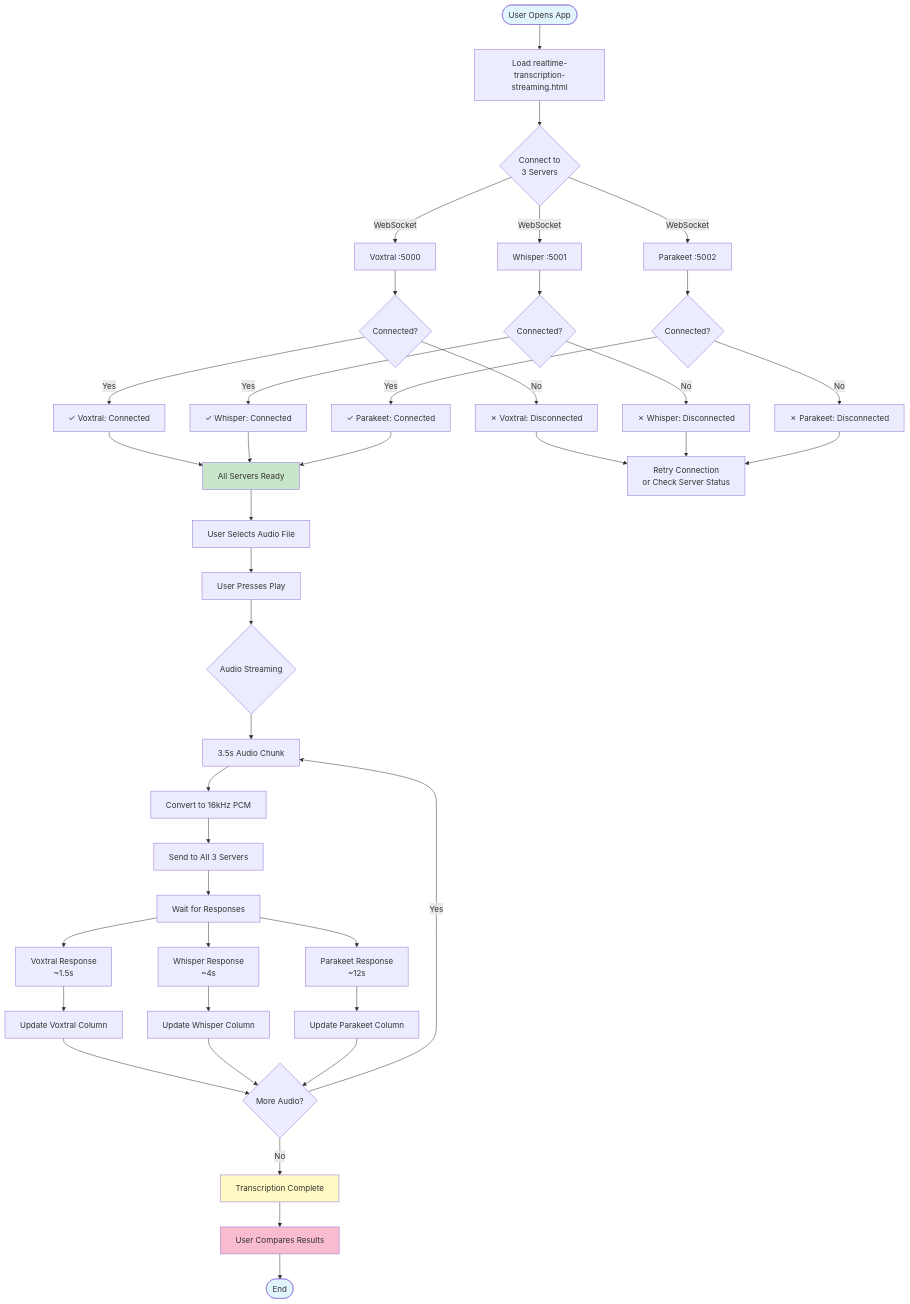
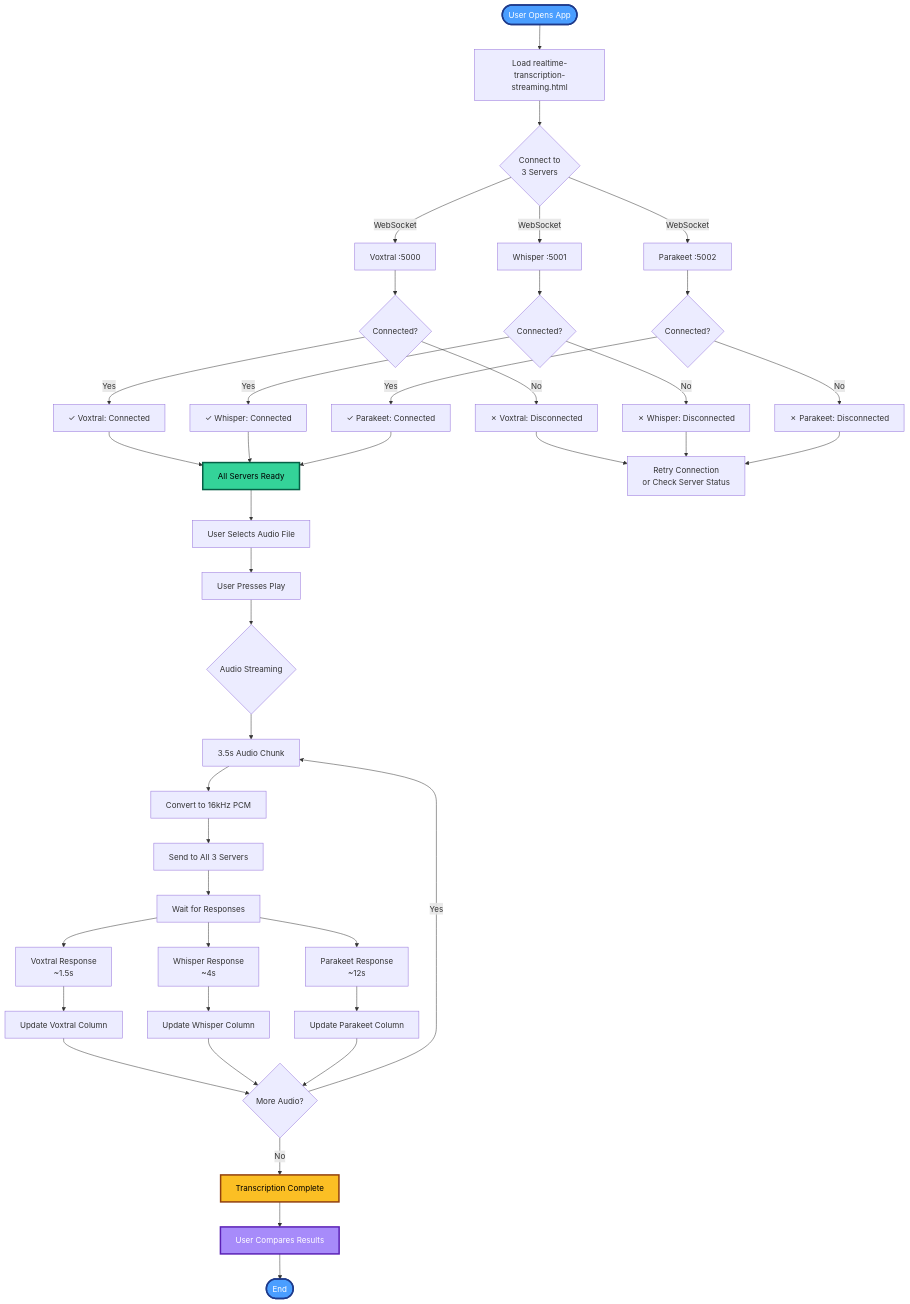
One commit to gjovanov/speech2text changed the fourth of 6 diagrams in README.md. Above: the diagram before and after it, drawn with Mermaid. The commit also changed other lines of this file and 10 other files, not shown here.

Commit message:
dark mode friednly diagramms

````diff
--- a/README.md
+++ b/README.md
@@ -201,56 +201,56 @@
 ```mermaid
 flowchart TD
     Start([User Opens App]) --> LoadPage[Load realtime-transcription-streaming.html]
     LoadPage --> Connect{Connect to<br/>3 Servers}
 
     Connect -->|WebSocket| Server1[Voxtral :5000]
     Connect -->|WebSocket| Server2[Whisper :5001]
     Connect -->|WebSocket| Server3[Parakeet :5002]
 
     Server1 --> Check1{Connected?}
     Server2 --> Check2{Connected?}
     Server3 --> Check3{Connected?}
 
     Check1 -->|Yes| Status1[✓ Voxtral: Connected]
     Check1 -->|No| Error1[✗ Voxtral: Disconnected]
     Check2 -->|Yes| Status2[✓ Whisper: Connected]
     Check2 -->|No| Error2[✗ Whisper: Disconnected]
     Check3 -->|Yes| Status3[✓ Parakeet: Connected]
     Check3 -->|No| Error3[✗ Parakeet: Disconnected]
 
     Status1 & Status2 & Status3 --> AllReady[All Servers Ready]
     AllReady --> SelectAudio[User Selects Audio File]
 
     SelectAudio --> Play[User Presses Play]
     Play --> Stream{Audio Streaming}
 
     Stream --> Chunk[3.5s Audio Chunk]
     Chunk --> Process[Convert to 16kHz PCM]
     Process --> SendAll[Send to All 3 Servers]
 
     SendAll --> Wait[Wait for Responses]
 
     Wait --> R1[Voxtral Response<br/>~1.5s]
     Wait --> R2[Whisper Response<br/>~4s]
     Wait --> R3[Parakeet Response<br/>~12s]
 
     R1 --> Display1[Update Voxtral Column]
     R2 --> Display2[Update Whisper Column]
     R3 --> Display3[Update Parakeet Column]
 
     Display1 & Display2 & Display3 --> Continue{More Audio?}
 
     Continue -->|Yes| Chunk
     Continue -->|No| Complete[Transcription Complete]
 
     Complete --> Compare[User Compares Results]
     Compare --> End([End])
 
     Error1 & Error2 & Error3 --> Retry[Retry Connection<br/>or Check Server Status]
 
-    style Start fill:#e1f5ff
-    style AllReady fill:#c8e6c9
-    style Complete fill:#fff9c4
-    style Compare fill:#f8bbd0
-    style End fill:#e1f5ff
+    style Start fill:#4a9eff,stroke:#1e3a8a,stroke-width:3px,color:#fff
+    style AllReady fill:#34d399,stroke:#065f46,stroke-width:3px,color:#000
+    style Complete fill:#fbbf24,stroke:#92400e,stroke-width:3px,color:#000
+    style Compare fill:#a78bfa,stroke:#5b21b6,stroke-width:3px,color:#fff
+    style End fill:#4a9eff,stroke:#1e3a8a,stroke-width:3px,color:#fff
 ```
````
